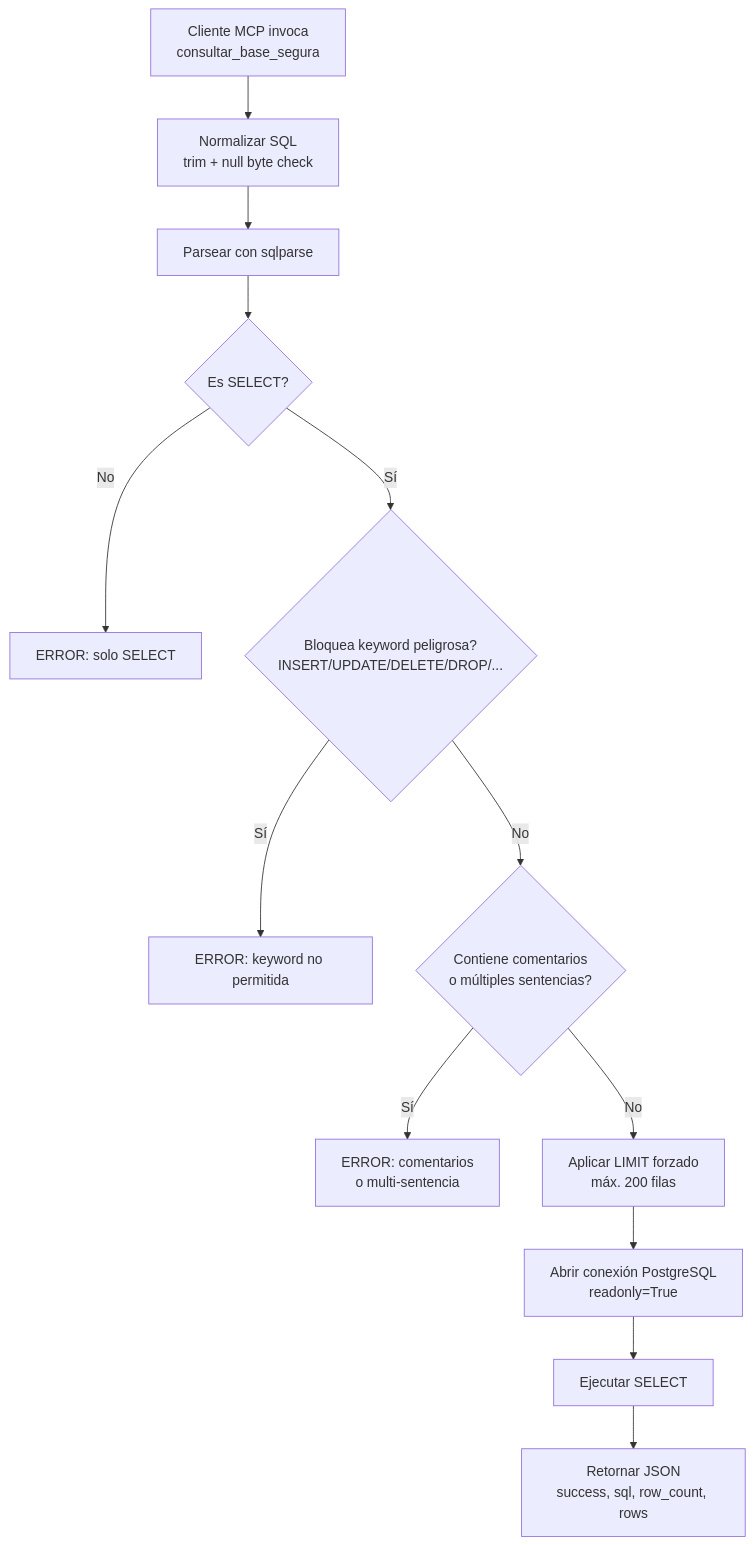
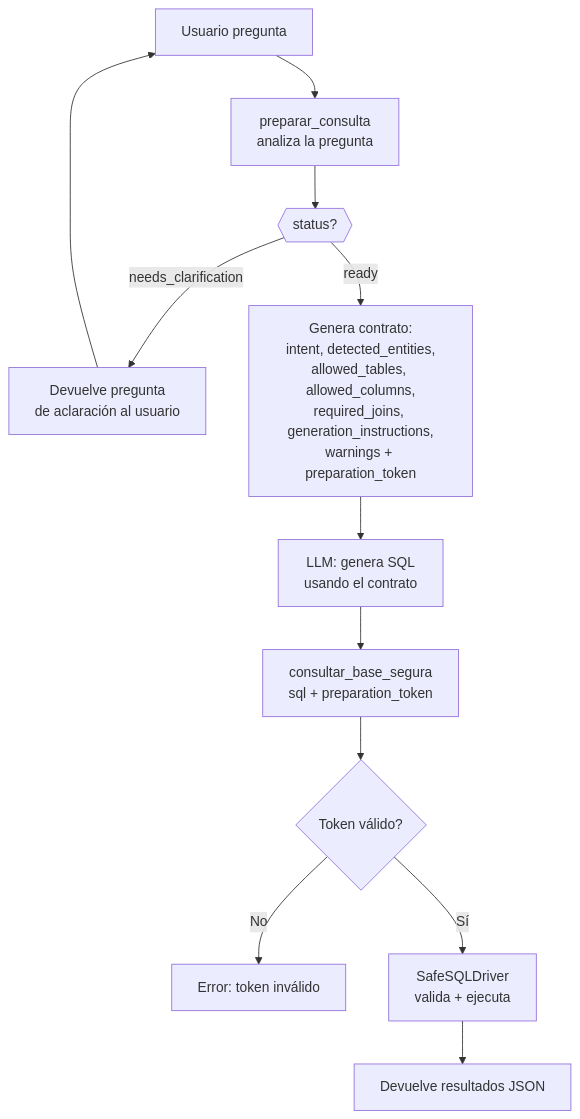
Before and after one commit to fxex/mcp: the second of 4 diagrams in README.md, drawn with Mermaid. The commit also changed other lines of this file and 1 other file, not shown here.

Commit message:
feat: se modifico el readme y se añadieron mas reglas de negocios en el LLM

````diff
--- a/README.md
+++ b/README.md
@@ -103,15 +103,17 @@
 ```mermaid
 flowchart TD
-    A[Cliente MCP invoca<br/>consultar_base_segura] --> B[Normalizar SQL<br/>trim + null byte check]
-    B --> C[Parsear con sqlparse]
-    C --> D{Es SELECT?}
-    D -->|No| E[ERROR: solo SELECT]
-    D -->|Sí| F{Bloquea keyword peligrosa?<br/>INSERT/UPDATE/DELETE/DROP/...}
-    F -->|Sí| G[ERROR: keyword no permitida]
-    F -->|No| H{Contiene comentarios<br/>o múltiples sentencias?}
-    H -->|Sí| I[ERROR: comentarios<br/>o multi-sentencia]
-    H -->|No| J[Aplicar LIMIT forzado<br/>máx. 200 filas]
-    J --> K[Abrir conexión PostgreSQL<br/>readonly=True]
-    K --> L[Ejecutar SELECT]
-    L --> M[Retornar JSON<br/>success, sql, row_count, rows]
+    U[Usuario pregunta] --> P[preparar_consulta<br/>analiza la pregunta]
+    P --> S{{status?}}
+
+    S -->|needs_clarification| Q[Devuelve pregunta<br/>de aclaración al usuario]
+    Q --> U
+
+    S -->|ready| C[Genera contrato:<br/>intent, detected_entities,<br/>allowed_tables, allowed_columns,<br/>required_joins, generation_instructions,<br/>warnings + preparation_token]
+    C --> L[LLM: genera SQL<br/>usando el contrato]
+    L --> V[consultar_base_segura<br/>sql + preparation_token]
+    V --> T{Token válido?}
+
+    T -->|No| ERR[Error: token inválido]
+    T -->|Sí| D[SafeSQLDriver<br/>valida + ejecuta]
+    D --> R[Devuelve resultados JSON]
 ```
````
